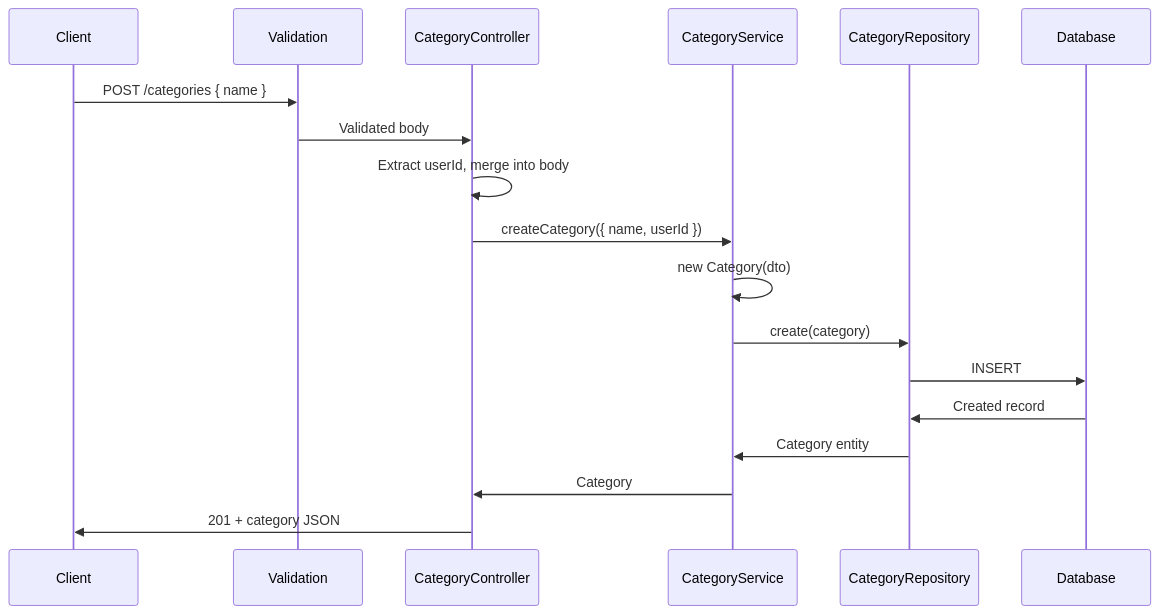
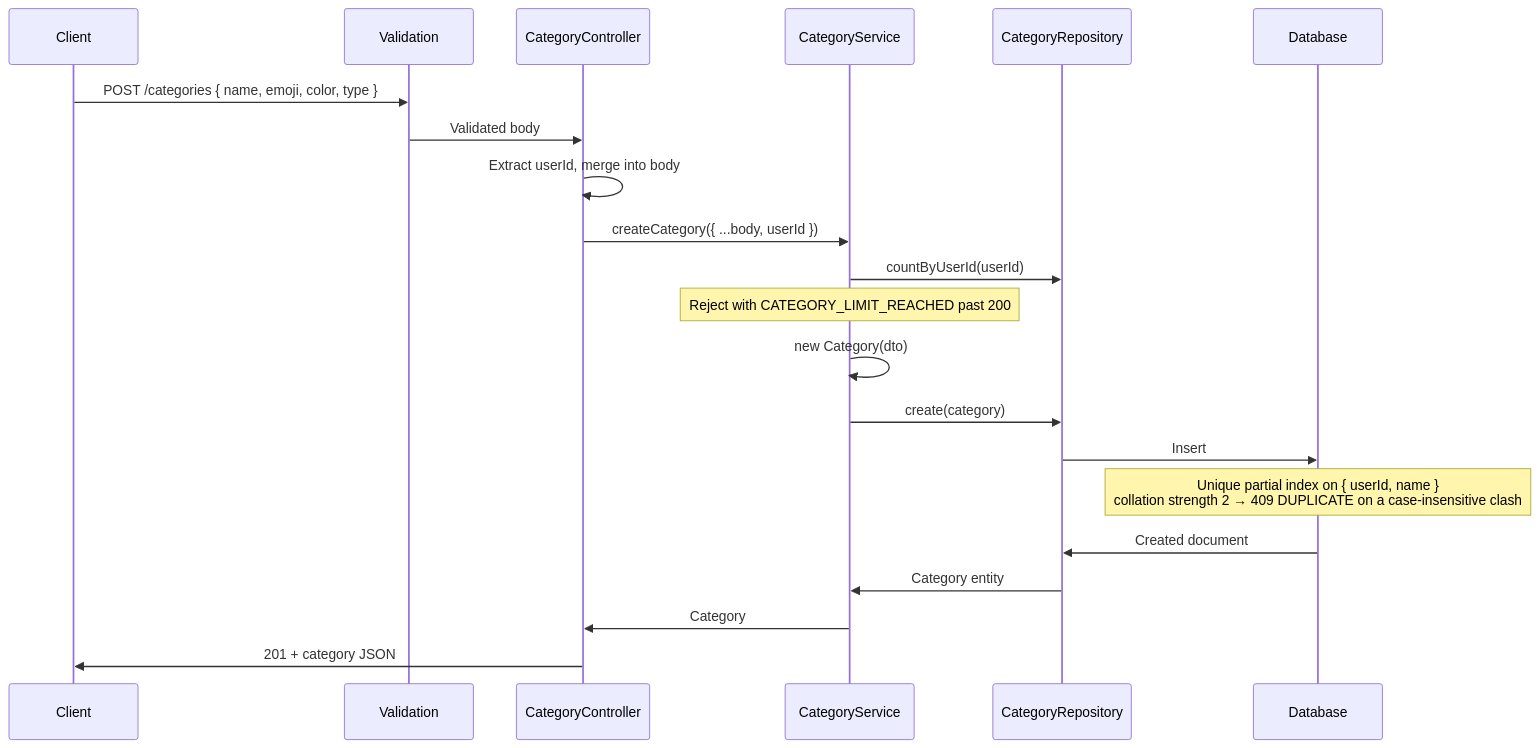
One commit to alex16jpv/lag-money-manager changed the first of 2 diagrams in docs/modules/categories.md. Above: the diagram before and after it, drawn with Mermaid. The commit also changed other lines of this file and 37 other files, not shown here.

````diff
--- a/docs/modules/categories.md
+++ b/docs/modules/categories.md
@@ -47,21 +74,24 @@
 ```mermaid
 sequenceDiagram
     participant C as Client
     participant VAL as Validation
     participant CTRL as CategoryController
     participant SVC as CategoryService
     participant REPO as CategoryRepository
     participant DB as Database
 
-    C->>VAL: POST /categories { name }
+    C->>VAL: POST /categories { name, emoji, color, type }
     VAL->>CTRL: Validated body
     CTRL->>CTRL: Extract userId, merge into body
-    CTRL->>SVC: createCategory({ name, userId })
+    CTRL->>SVC: createCategory({ ...body, userId })
+    SVC->>REPO: countByUserId(userId)
+    Note over SVC: Reject with CATEGORY_LIMIT_REACHED past 200
     SVC->>SVC: new Category(dto)
     SVC->>REPO: create(category)
-    REPO->>DB: INSERT
-    DB->>REPO: Created record
+    REPO->>DB: Insert
+    Note over DB: Unique partial index on { userId, name }<br/>collation strength 2 → 409 DUPLICATE on a case-insensitive clash
+    DB->>REPO: Created document
     REPO->>SVC: Category entity
     SVC->>CTRL: Category
     CTRL->>C: 201 + category JSON
 ```
````
